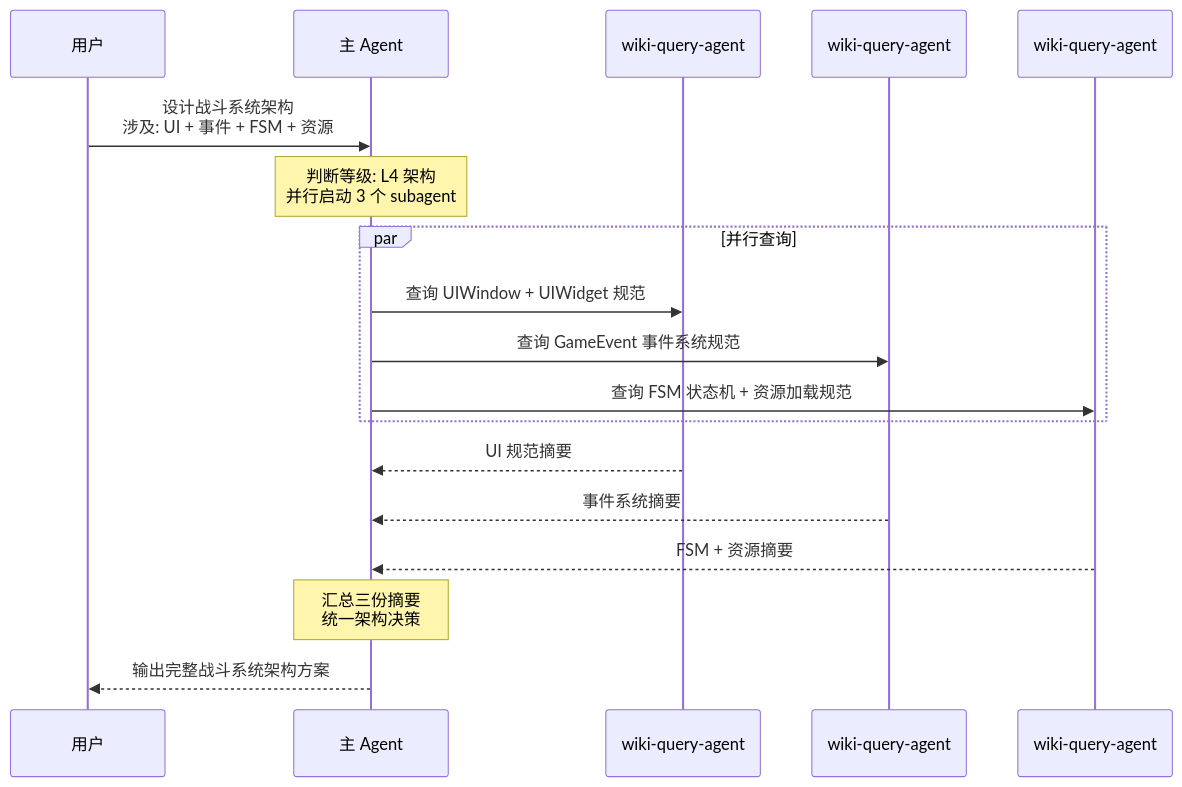
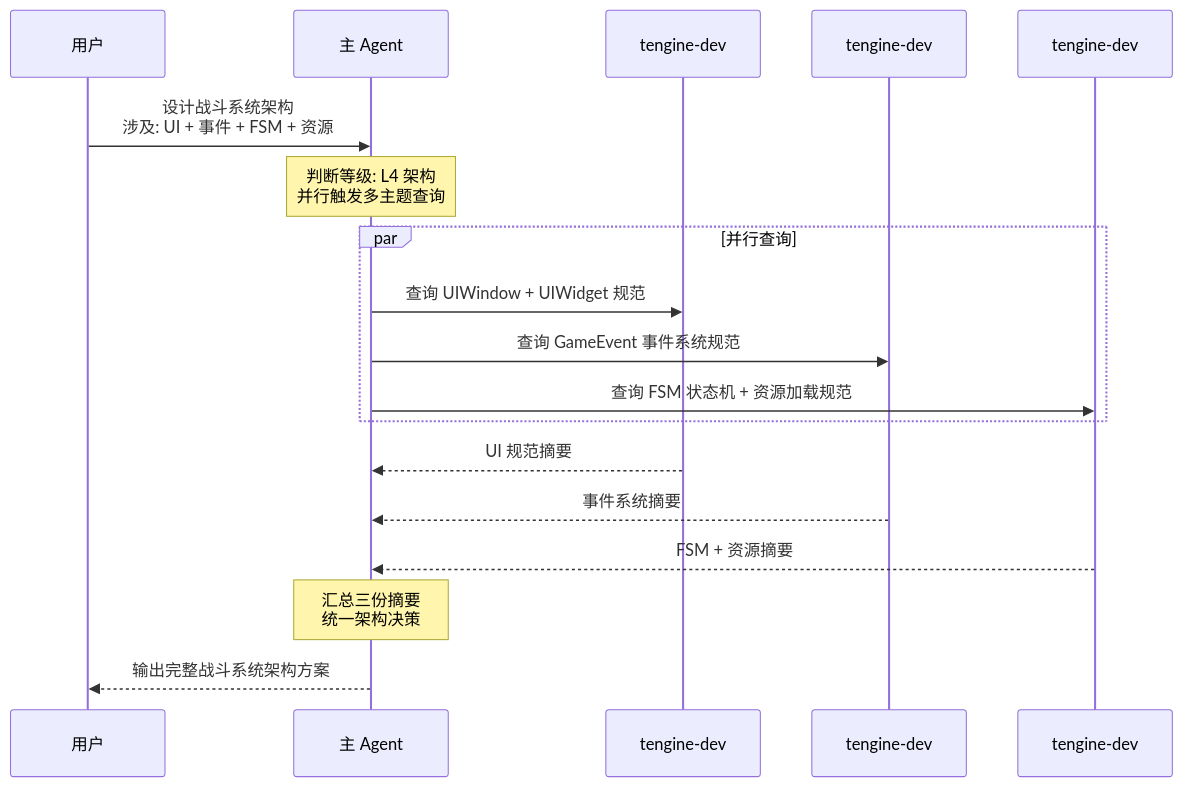
The fourth of 14 diagrams in Books/AI-Development-Workflow.md (tpxxn/TEngine), drawn with Mermaid before and after one commit. The commit also changed other lines of this file and 3 other files, not shown here.

First line of the commit message:
Switch docs from wiki-query-agent to tengine-dev skill

````diff
--- a/Books/AI-Development-Workflow.md
+++ b/Books/AI-Development-Workflow.md
@@ -215,25 +210,25 @@
 ```mermaid
 sequenceDiagram
     participant U as 用户
     participant M as 主 Agent
-    participant S1 as wiki-query-agent #1
-    participant S2 as wiki-query-agent #2
-    participant S3 as wiki-query-agent #3
+    participant S1 as tengine-dev #1
+    participant S2 as tengine-dev #2
+    participant S3 as tengine-dev #3
 
     U->>M: 设计战斗系统架构<br/>涉及: UI + 事件 + FSM + 资源
 
-    Note over M: 判断等级: L4 架构<br/>并行启动 3 个 subagent
+    Note over M: 判断等级: L4 架构<br/>并行触发多主题查询
 
     par 并行查询
         M->>S1: 查询 UIWindow + UIWidget 规范
         M->>S2: 查询 GameEvent 事件系统规范
         M->>S3: 查询 FSM 状态机 + 资源加载规范
     end
 
     S1-->>M: UI 规范摘要
     S2-->>M: 事件系统摘要
     S3-->>M: FSM + 资源摘要
 
     Note over M: 汇总三份摘要<br/>统一架构决策
     M-->>U: 输出完整战斗系统架构方案
 ```
````
